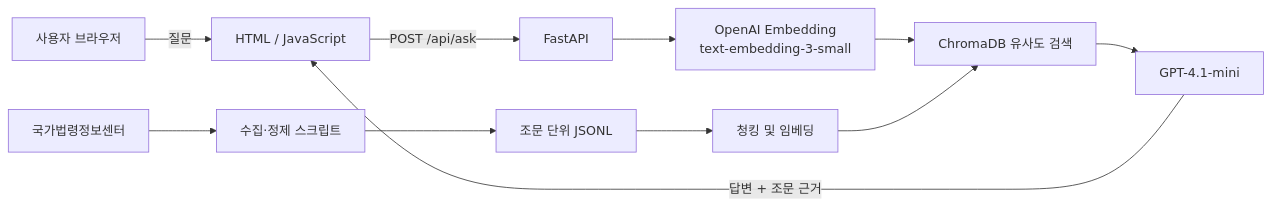
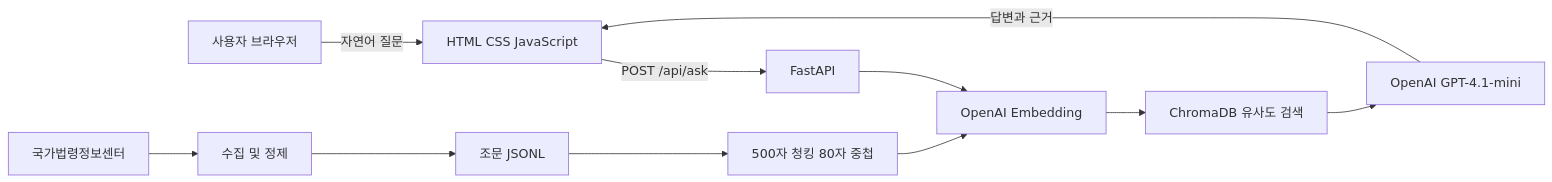
Before and after one commit to madison-yoon/worklaw-rag: the diagram in docs/architecture.md, drawn with Mermaid. The commit also changed other lines of this file and 8 other files, not shown here.

Commit message:
feat: complete WorkLaw RAG demo and evaluation flow

````diff
--- a/docs/architecture.md
+++ b/docs/architecture.md
@@ -3,13 +3,13 @@
 ```mermaid
 flowchart LR
-  U[사용자 브라우저] -->|질문| F[HTML / JavaScript]
-  F -->|POST /api/ask| A[FastAPI]
-  A --> E[OpenAI Embedding\ntext-embedding-3-small]
-  E --> R[ChromaDB 유사도 검색]
-  R --> G[GPT-4.1-mini]
-  G -->|답변 + 조문 근거| F
-  S[국가법령정보센터] --> C[수집·정제 스크립트]
-  C --> K[조문 단위 JSONL]
-  K --> H[청킹 및 임베딩]
-  H --> R
+ U[사용자 브라우저] -->|자연어 질문| UI[HTML CSS JavaScript]
+ UI -->|POST /api/ask| API[FastAPI]
+ API --> EMB[OpenAI Embedding]
+ EMB --> VDB[ChromaDB 유사도 검색]
+ VDB --> LLM[OpenAI GPT-4.1-mini]
+ LLM -->|답변과 근거| UI
+ LAW[국가법령정보센터] --> COL[수집 및 정제]
+ COL --> JSONL[조문 JSONL]
+ JSONL --> CHUNK[500자 청킹 80자 중첩]
+ CHUNK --> EMB
 ```
````
